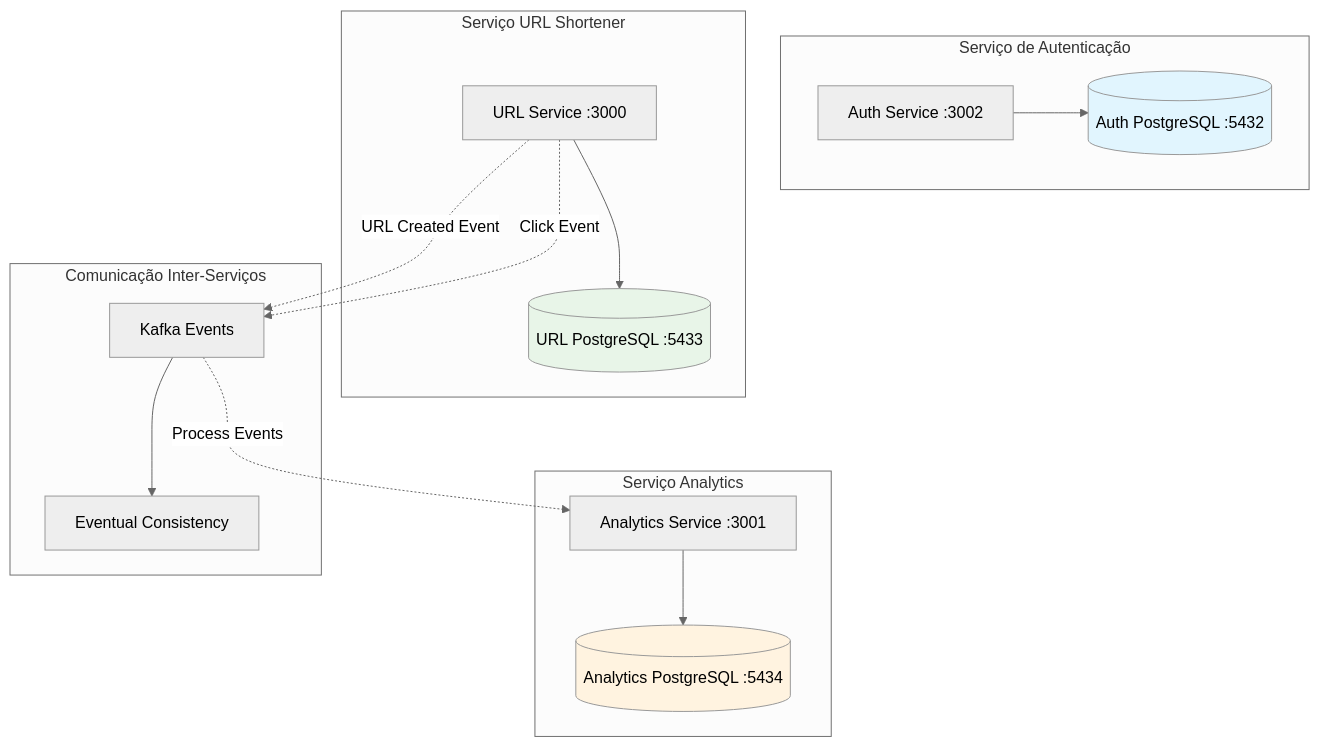
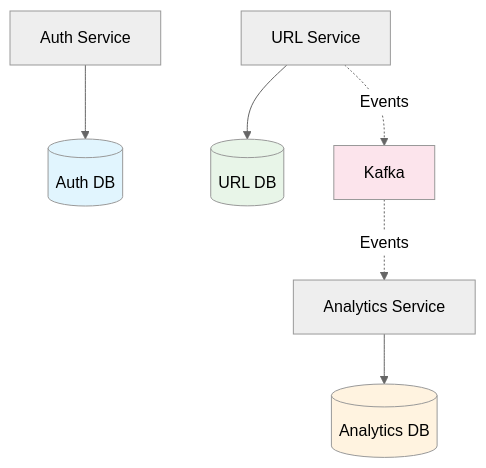
The first of 2 diagrams in docs/02-persistencia-distribuida.md (rocketseat-education/ftr-fundamentos-microsservicos), drawn with Mermaid (neutral theme) before and after one commit. The commit also changed other lines of this file and 6 other files, not shown here.

````diff
--- a/docs/02-persistencia-distribuida.md
+++ b/docs/02-persistencia-distribuida.md
@@ -9,26 +9,14 @@
 ```mermaid
 graph TD
-    subgraph "Serviço de Autenticação"
-        A[Auth Service :3002] --> B[(Auth PostgreSQL :5432)]
-    end
+    A[Auth Service] --> B[(Auth DB)]
+    C[URL Service] --> D[(URL DB)]
+    E[Analytics Service] --> F[(Analytics DB)]
     
-    subgraph "Serviço URL Shortener"
-        C[URL Service :3000] --> D[(URL PostgreSQL :5433)]
-    end
-    
-    subgraph "Serviço Analytics"
-        E[Analytics Service :3001] --> F[(Analytics PostgreSQL :5434)]
-    end
-    
-    subgraph "Comunicação Inter-Serviços"
-        G[Kafka Events] --> H[Eventual Consistency]
-    end
-    
-    C -.->|URL Created Event| G
-    C -.->|Click Event| G
-    G -.->|Process Events| E
+    C -.->|Events| G[Kafka]
+    G -.->|Events| E
     
     style B fill:#e1f5fe
     style D fill:#e8f5e8
     style F fill:#fff3e0
+    style G fill:#fce4ec
 ```
````
